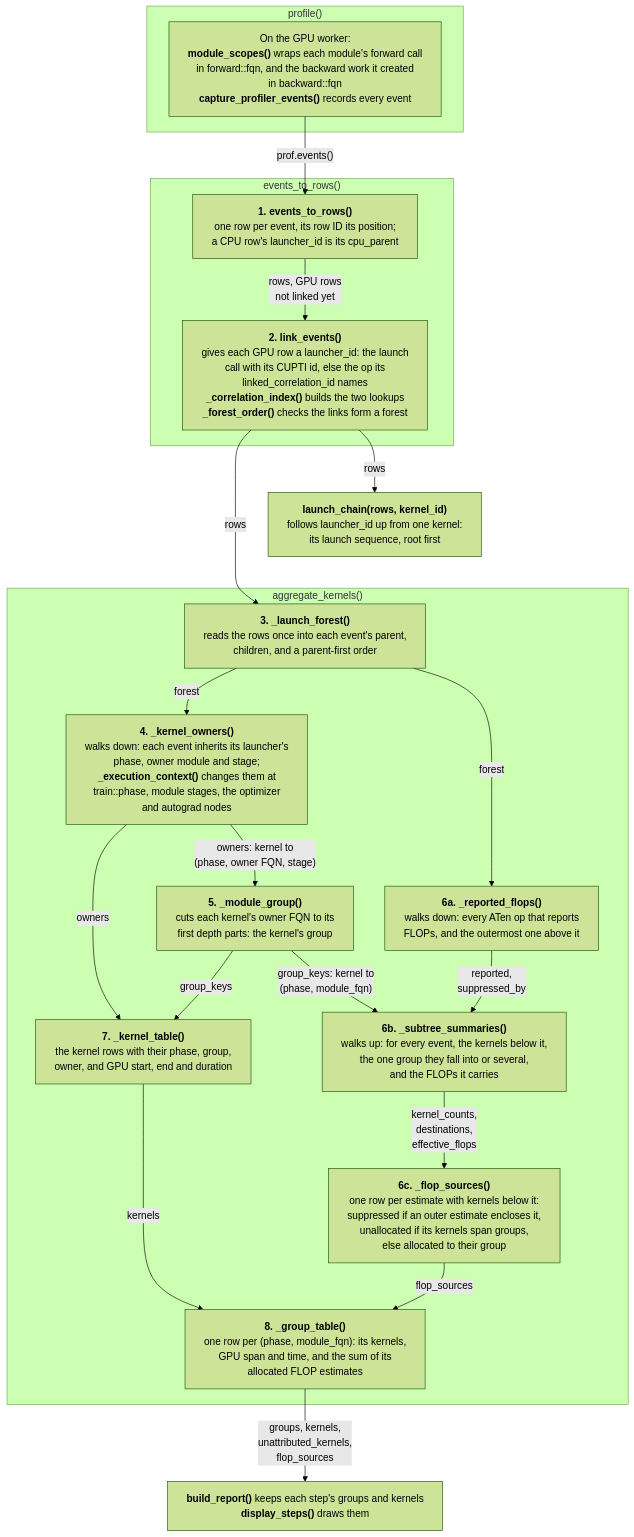
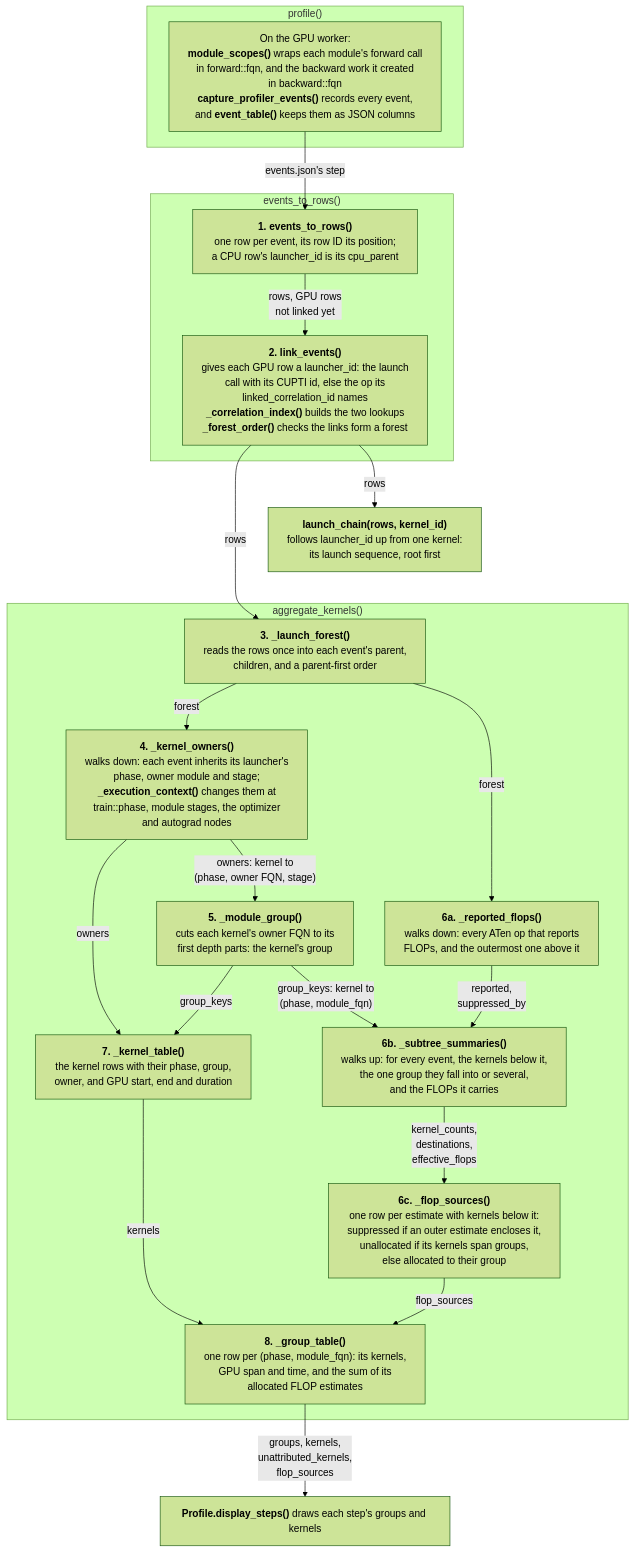
One commit to ocanphys/launchpad changed the diagram in docs/profiling/attribution.md. Above: the diagram before and after it, drawn with Mermaid (forest theme). The commit also changed other lines of this file and 32 other files, not shown here.

````diff
--- a/docs/profiling/attribution.md
+++ b/docs/profiling/attribution.md
@@ -514,41 +515,41 @@
 ```mermaid
 ---
 config:
   flowchart:
     wrappingWidth: 400
 ---
 flowchart TD
   subgraph WORKER["profile()"]
-    CAP["On the GPU worker:<br/><b>module_scopes()</b> wraps each module's forward call<br/>in forward::fqn, and the backward work it created<br/>in backward::fqn<br/><b>capture_profiler_events()</b> records every event"]
+    CAP["On the GPU worker:<br/><b>module_scopes()</b> wraps each module's forward call<br/>in forward::fqn, and the backward work it created<br/>in backward::fqn<br/><b>capture_profiler_events()</b> records every event,<br/>and <b>event_table()</b> keeps them as JSON columns"]
   end
-  CAP -->|"prof.events()"| ROWS
+  CAP -->|"events.json's step"| ROWS
   subgraph TABLE["events_to_rows()"]
     ROWS["<b>1. events_to_rows()</b><br/>one row per event, its row ID its position;<br/>a CPU row's launcher_id is its cpu_parent"]
     ROWS -->|"rows, GPU rows<br/>not linked yet"| LINK
     LINK["<b>2. link_events()</b><br/>gives each GPU row a launcher_id: the launch<br/>call with its CUPTI id, else the op its<br/>linked_correlation_id names<br/><b>_correlation_index()</b> builds the two lookups<br/><b>_forest_order()</b> checks the links form a forest"]
   end
   LINK -->|"rows"| CHAIN["<b>launch_chain(rows, kernel_id)</b><br/>follows launcher_id up from one kernel:<br/>its launch sequence, root first"]
   LINK -->|"rows"| FOREST
   CHAIN ~~~ FOREST
   subgraph AGG["aggregate_kernels()"]
     FOREST["<b>3. _launch_forest()</b><br/>reads the rows once into each event's parent,<br/>children, and a parent-first order"]
     FOREST -->|"forest"| OWN
     FOREST -->|"forest"| REP
     OWN["<b>4. _kernel_owners()</b><br/>walks down: each event inherits its launcher's<br/>phase, owner module and stage;<br/><b>_execution_context()</b> changes them at<br/>train::phase, module stages, the optimizer<br/>and autograd nodes"]
     OWN -->|"owners: kernel to<br/>(phase, owner FQN, stage)"| GROUP
     GROUP["<b>5. _module_group()</b><br/>cuts each kernel's owner FQN to its<br/>first depth parts: the kernel's group"]
     REP["<b>6a. _reported_flops()</b><br/>walks down: every ATen op that reports<br/>FLOPs, and the outermost one above it"]
     GROUP -->|"group_keys: kernel to<br/>(phase, module_fqn)"| SUB
     REP -->|"reported,<br/>suppressed_by"| SUB
     SUB["<b>6b. _subtree_summaries()</b><br/>walks up: for every event, the kernels below it,<br/>the one group they fall into or several,<br/>and the FLOPs it carries"]
     SUB -->|"kernel_counts,<br/>destinations,<br/>effective_flops"| SRC
     SRC["<b>6c. _flop_sources()</b><br/>one row per estimate with kernels below it:<br/>suppressed if an outer estimate encloses it,<br/>unallocated if its kernels span groups,<br/>else allocated to their group"]
     OWN -->|"owners"| KT
     GROUP -->|"group_keys"| KT
     KT["<b>7. _kernel_table()</b><br/>the kernel rows with their phase, group,<br/>owner, and GPU start, end and duration"]
     KT -->|"kernels"| GT
     SRC -->|"flop_sources"| GT
     GT["<b>8. _group_table()</b><br/>one row per (phase, module_fqn): its kernels,<br/>GPU span and time, and the sum of its<br/>allocated FLOP estimates"]
   end
-  GT -->|"groups, kernels,<br/>unattributed_kernels,<br/>flop_sources"| REPORT["<b>build_report()</b> keeps each step's groups and kernels<br/><b>display_steps()</b> draws them"]
+  GT -->|"groups, kernels,<br/>unattributed_kernels,<br/>flop_sources"| REPORT["<b>Profile.display_steps()</b> draws each step's groups and kernels"]
 ```
````
